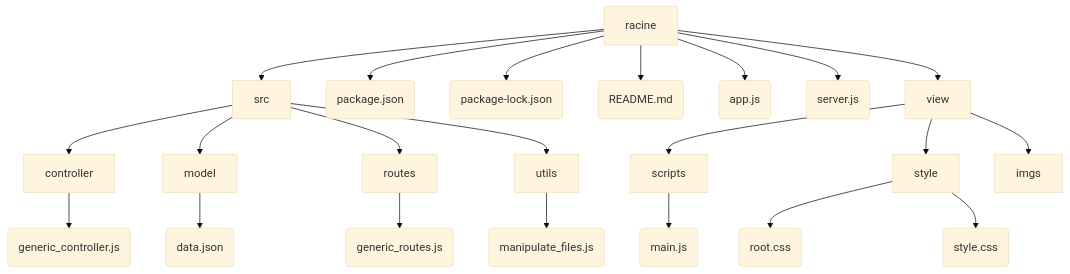
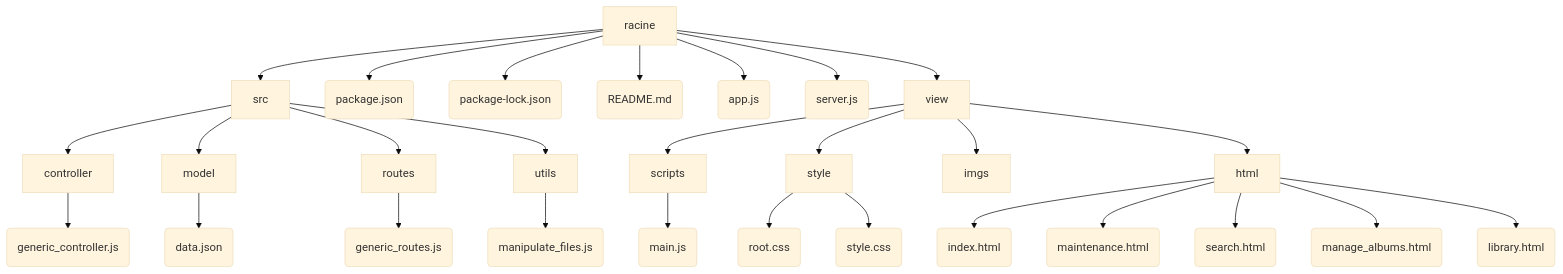
The diagram in README.md (MogwaiRGod/Eval_MVC), drawn with Mermaid (base theme) before and after one commit. The commit also changed other lines of this file, not shown here.

````diff
--- a/README.md
+++ b/README.md
@@ -79,26 +77,32 @@
 ```mermaid
 graph TD
     A --> B[src]
     B --> K[controller]
     B --> L[model]
     B --> M[routes]
     B --> N[utils]
     K --> O(generic_controller.js)
     L --> P(data.json)
     M --> Q(generic_routes.js)
     N --> R(manipulate_files.js)
     A --> T(package.json)
     A --> U(package-lock.json)
     A --> S(README.md)
     A --> D(app.js)
     A --> E(server.js)
     C[view] --> F[scripts]
     A[racine] --> C[view]
     C[view] --> G[style]
     C[view] --> V[imgs]
+    C[view] --> W[html]
+    W --> X(index.html)
+    W --> Y(maintenance.html)
+    W --> Z(search.html)
+    W --> WW(manage_albums.html)
+    W --> WX(library.html)
     G[style] --> H(root.css)
     G[style] --> I(style.css)
     F[scripts] --> J(main.js)
     
     
 ```
````
